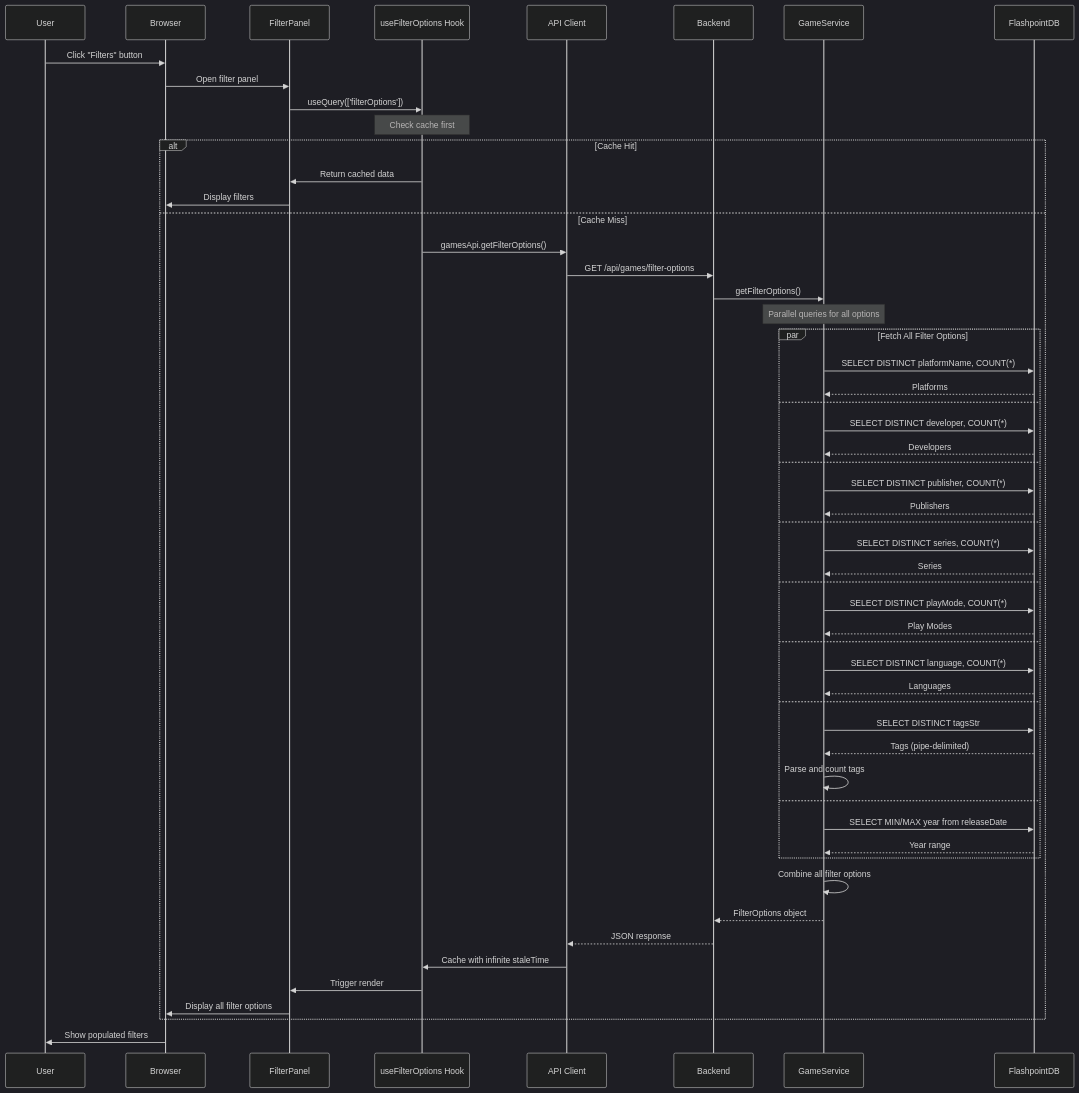
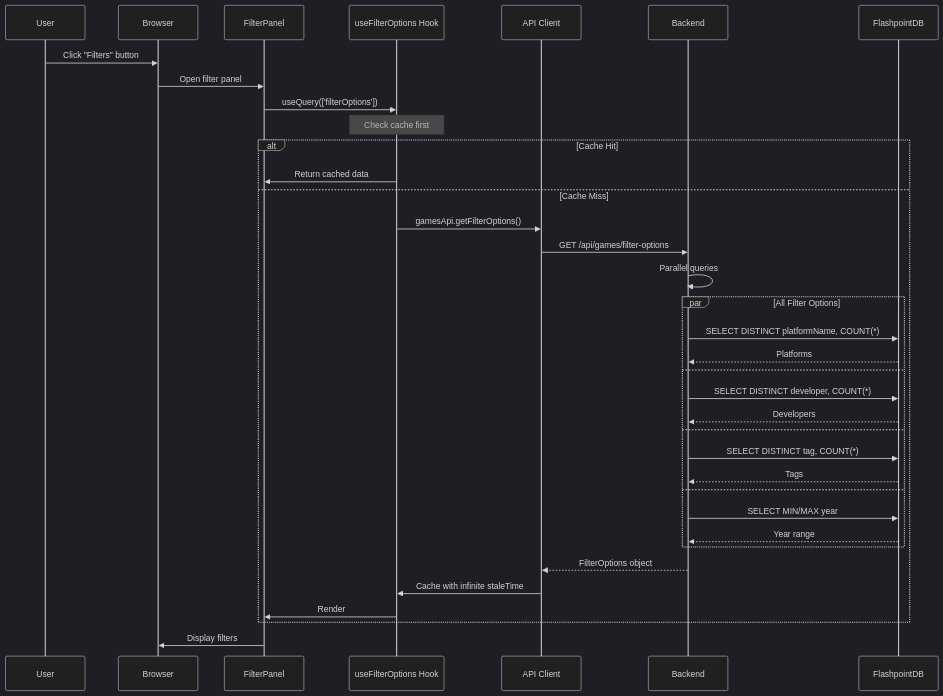
The third of 9 diagrams in docs/02-architecture/data-flow-diagrams.md (darkraise/flashpoint-web), drawn with Mermaid (dark theme) before and after one commit. The commit also changed other lines of this file and 98 other files, not shown here.

````diff
--- a/docs/02-architecture/data-flow-diagrams.md
+++ b/docs/02-architecture/data-flow-diagrams.md
@@ -215,64 +89,44 @@
 ```mermaid
 sequenceDiagram
     participant User
     participant Browser
     participant FilterPanel
     participant useFilterOptions Hook
     participant API Client
     participant Backend
-    participant GameService
     participant FlashpointDB
 
     User->>Browser: Click "Filters" button
     Browser->>FilterPanel: Open filter panel
     FilterPanel->>useFilterOptions Hook: useQuery(['filterOptions'])
 
     Note over useFilterOptions Hook: Check cache first
 
     alt Cache Hit
         useFilterOptions Hook->>FilterPanel: Return cached data
-        FilterPanel->>Browser: Display filters
     else Cache Miss
         useFilterOptions Hook->>API Client: gamesApi.getFilterOptions()
         API Client->>Backend: GET /api/games/filter-options
-        Backend->>GameService: getFilterOptions()
+        Backend->>Backend: Parallel queries
 
-        Note over GameService: Parallel queries for all options
-
-        par Fetch All Filter Options
-            GameService->>FlashpointDB: SELECT DISTINCT platformName, COUNT(*)
-            FlashpointDB-->>GameService: Platforms
+        par All Filter Options
+            Backend->>FlashpointDB: SELECT DISTINCT platformName, COUNT(*)
+            FlashpointDB-->>Backend: Platforms
         and
-            GameService->>FlashpointDB: SELECT DISTINCT developer, COUNT(*)
-            FlashpointDB-->>GameService: Developers
+            Backend->>FlashpointDB: SELECT DISTINCT developer, COUNT(*)
+            FlashpointDB-->>Backend: Developers
         and
-            GameService->>FlashpointDB: SELECT DISTINCT publisher, COUNT(*)
-            FlashpointDB-->>GameService: Publishers
+            Backend->>FlashpointDB: SELECT DISTINCT tag, COUNT(*)
+            FlashpointDB-->>Backend: Tags
         and
-            GameService->>FlashpointDB: SELECT DISTINCT series, COUNT(*)
-            FlashpointDB-->>GameService: Series
-        and
-            GameService->>FlashpointDB: SELECT DISTINCT playMode, COUNT(*)
-            FlashpointDB-->>GameService: Play Modes
-        and
-            GameService->>FlashpointDB: SELECT DISTINCT language, COUNT(*)
-            FlashpointDB-->>GameService: Languages
-        and
-            GameService->>FlashpointDB: SELECT DISTINCT tagsStr
-            FlashpointDB-->>GameService: Tags (pipe-delimited)
-            GameService->>GameService: Parse and count tags
-        and
-            GameService->>FlashpointDB: SELECT MIN/MAX year from releaseDate
-            FlashpointDB-->>GameService: Year range
+            Backend->>FlashpointDB: SELECT MIN/MAX year
+            FlashpointDB-->>Backend: Year range
         end
 
-        GameService->>GameService: Combine all filter options
-        GameService-->>Backend: FilterOptions object
-        Backend-->>API Client: JSON response
+        Backend-->>API Client: FilterOptions object
         API Client->>useFilterOptions Hook: Cache with infinite staleTime
-        useFilterOptions Hook->>FilterPanel: Trigger render
-        FilterPanel->>Browser: Display all filter options
+        useFilterOptions Hook->>FilterPanel: Render
     end
 
-    Browser->>User: Show populated filters
+    FilterPanel->>Browser: Display filters
 ```
````
